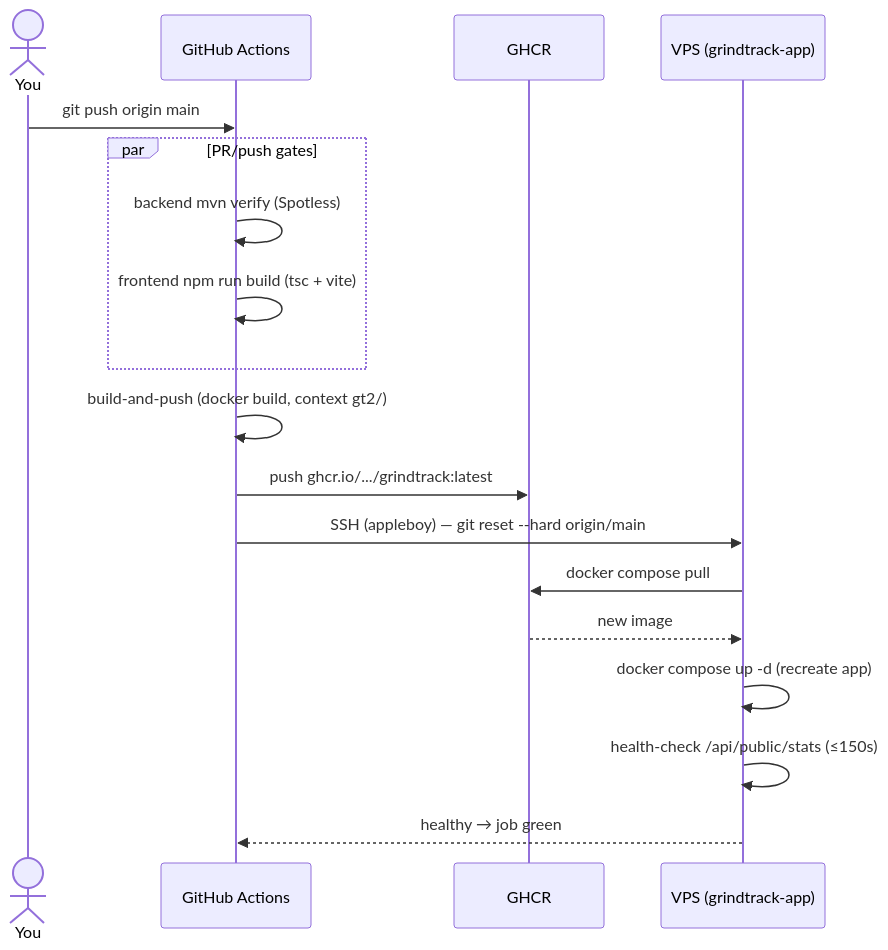
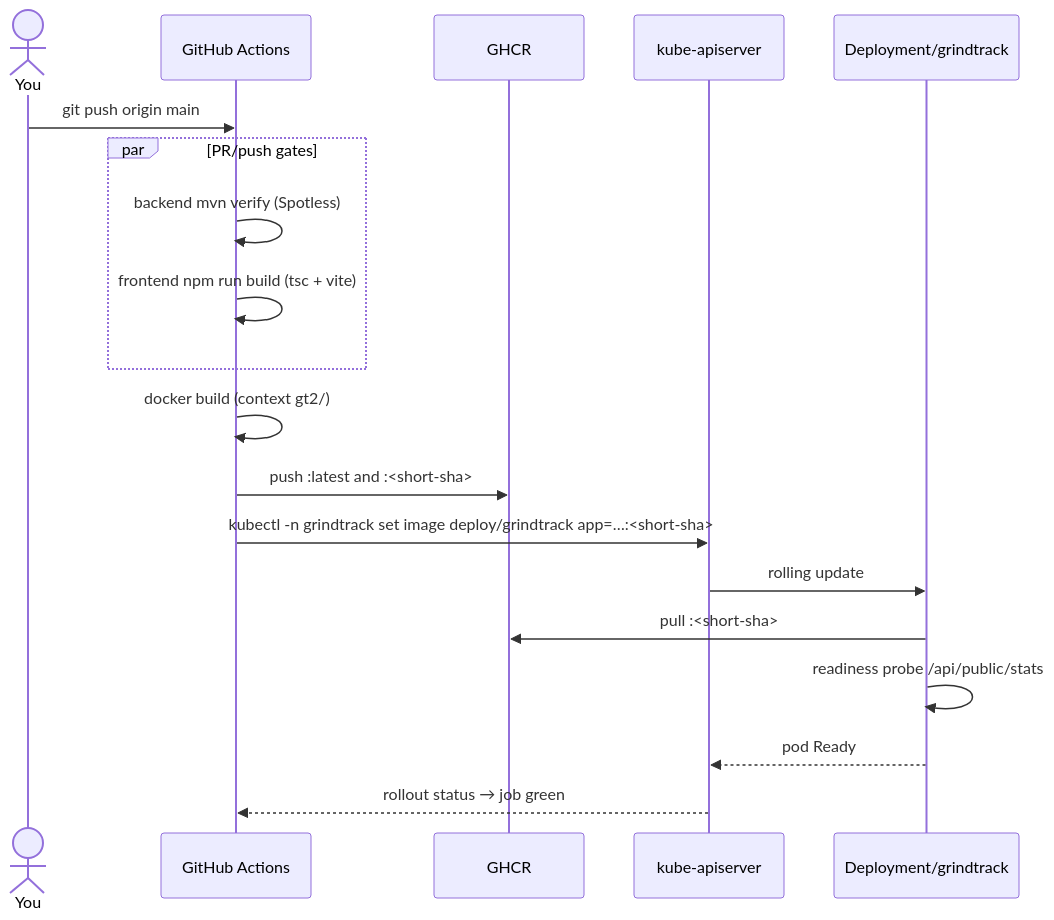
The diagram in gt2/docs/deployment.md (caseythecoder90/grindtrack), drawn with Mermaid before and after one commit. The commit also changed other lines of this file and 18 other files, not shown here.

````diff
--- a/gt2/docs/deployment.md
+++ b/gt2/docs/deployment.md
@@ -200,20 +63,21 @@
 ```mermaid
 sequenceDiagram
     actor Dev as You
     participant GH as GitHub Actions
     participant GHCR as GHCR
-    participant VPS as VPS (grindtrack-app)
+    participant API as kube-apiserver
+    participant K as Deployment/grindtrack
     Dev->>GH: git push origin main
     par PR/push gates
         GH->>GH: backend mvn verify (Spotless)
         GH->>GH: frontend npm run build (tsc + vite)
     end
-    GH->>GH: build-and-push (docker build, context gt2/)
-    GH->>GHCR: push ghcr.io/.../grindtrack:latest
-    GH->>VPS: SSH (appleboy) — git reset --hard origin/main
-    VPS->>GHCR: docker compose pull
-    GHCR-->>VPS: new image
-    VPS->>VPS: docker compose up -d (recreate app)
-    VPS->>VPS: health-check /api/public/stats (≤150s)
-    VPS-->>GH: healthy → job green
+    GH->>GH: docker build (context gt2/)
+    GH->>GHCR: push :latest and :<short-sha>
+    GH->>API: kubectl -n grindtrack set image deploy/grindtrack app=…:<short-sha>
+    API->>K: rolling update
+    K->>GHCR: pull :<short-sha>
+    K->>K: readiness probe /api/public/stats
+    K-->>API: pod Ready
+    API-->>GH: rollout status → job green
 ```
````
